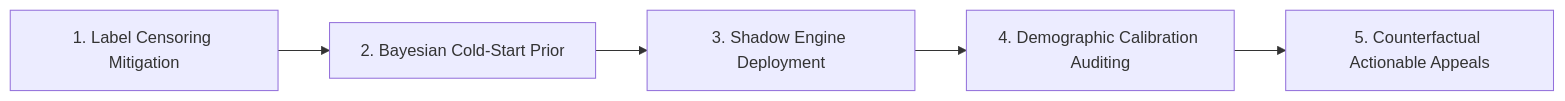
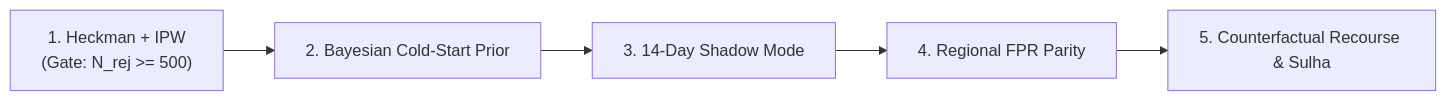
One commit to jweezy119/Pabandi changed the third of 3 diagrams in docs/pabandi-trust-privacy-architecture-v2.md. Above: the diagram before and after it, drawn with Mermaid. The commit also changed other lines of this file, not shown here.

Commit message:
docs(architecture): upgrade trust & privacy spec to v2.1 engineering implementation contract

````diff
--- a/docs/pabandi-trust-privacy-architecture-v2.md
+++ b/docs/pabandi-trust-privacy-architecture-v2.md
@@ -163,7 +196,7 @@
 ```mermaid
 flowchart LR
-    M1["1. Label Censoring Mitigation"] --> M2["2. Bayesian Cold-Start Prior"]
-    M2 --> M3["3. Shadow Engine Deployment"]
-    M3 --> M4["4. Demographic Calibration Auditing"]
-    M4 --> M5["5. Counterfactual Actionable Appeals"]
+    M1["1. Heckman + IPW<br/>(Gate: N_rej >= 500)"] --> M2["2. Bayesian Cold-Start Prior"]
+    M2 --> M3["3. 14-Day Shadow Mode"]
+    M3 --> M4["4. Regional FPR Parity"]
+    M4 --> M5["5. Counterfactual Recourse & Sulha"]
 ```
````
